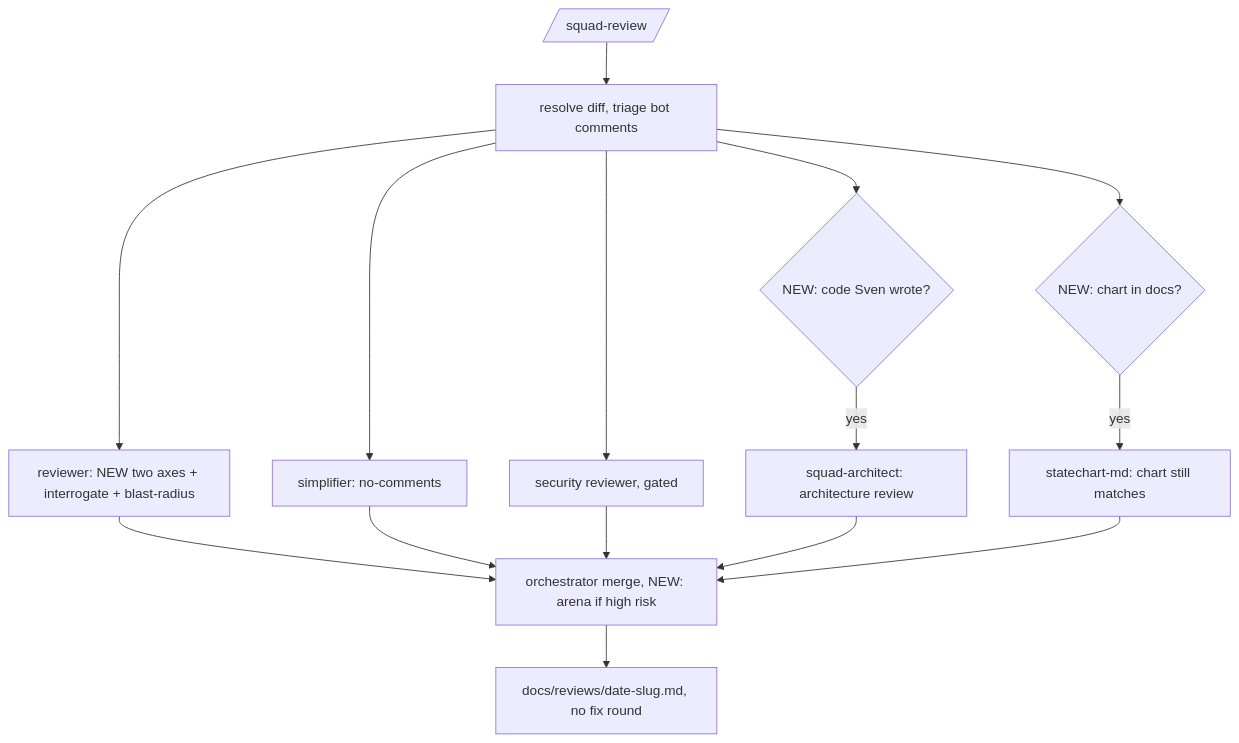
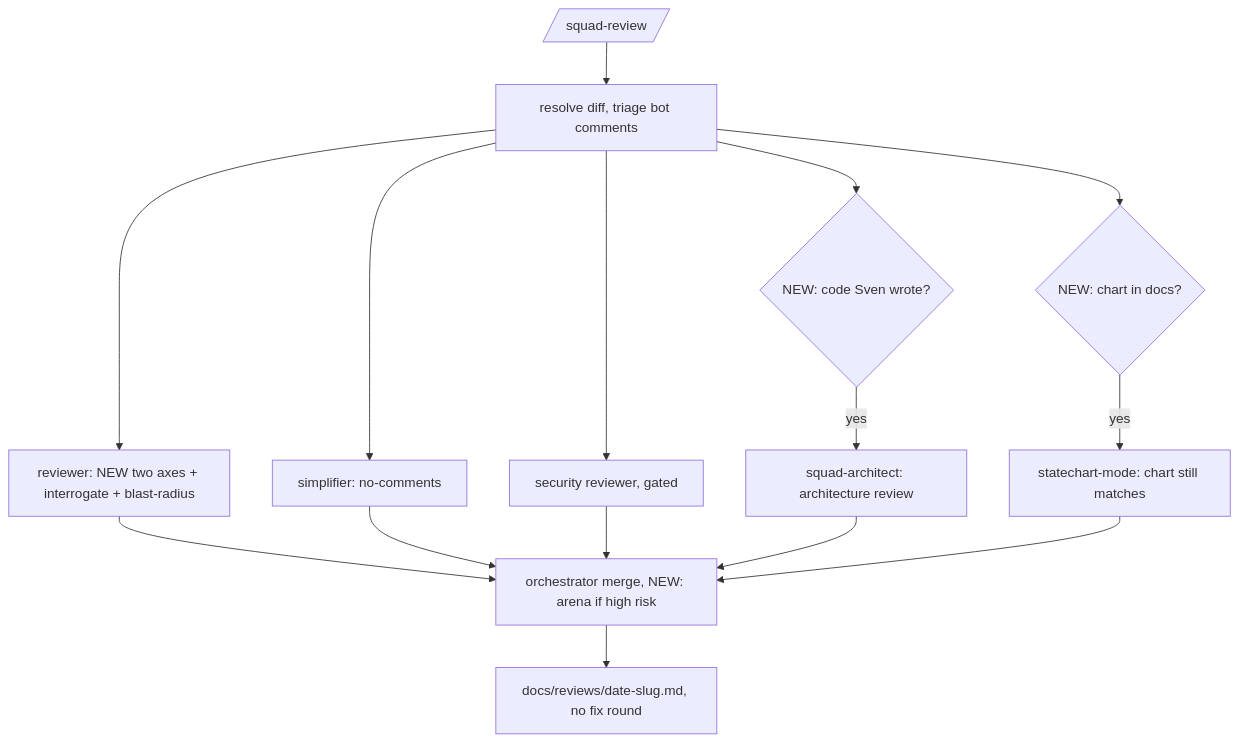
Before and after one commit to svennijhuis/agentPacks: the second of 6 diagrams in docs/pbi/squad/FLOWS.md, drawn with Mermaid. The commit also changed other lines of this file and 27 other files, not shown here.

Commit message:
docs(pbi/squad): hubs renamed to poteto style -mode (squad-mode, pack-author-mode, pack-check-mode, statechart-mode, scenarios-mode, security-audit-mode); old -md dirs move with pointer until GA07; today paths keep main names

````diff
--- a/docs/pbi/squad/FLOWS.md
+++ b/docs/pbi/squad/FLOWS.md
@@ -69,17 +69,17 @@
 ```mermaid
 flowchart TD
   C[/squad-review/] --> D[resolve diff, triage bot comments]
   D --> RV[reviewer: NEW two axes + interrogate + blast-radius]
   D --> SI[simplifier: no-comments]
   D --> SE[security reviewer, gated]
   D --> OW{NEW: code Sven wrote?}
   OW -->|yes| AR[squad-architect: architecture review]
   D --> SC{NEW: chart in docs?}
-  SC -->|yes| CK[statechart-md: chart still matches]
+  SC -->|yes| CK[statechart-mode: chart still matches]
   RV --> OR[orchestrator merge, NEW: arena if high risk]
   SI --> OR
   SE --> OR
   AR --> OR
   CK --> OR
   OR --> REP[docs/reviews/date-slug.md, no fix round]
 ```
````
